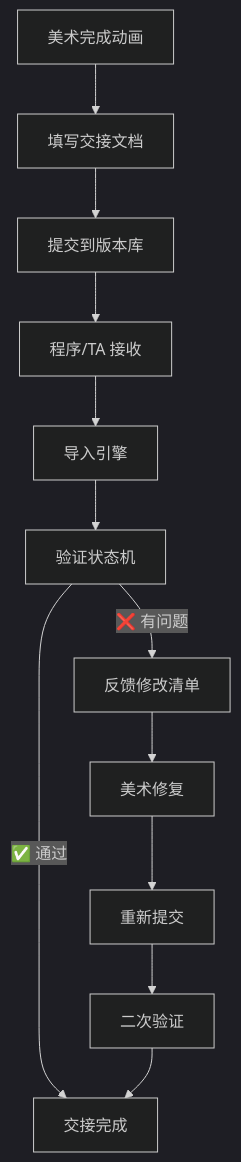
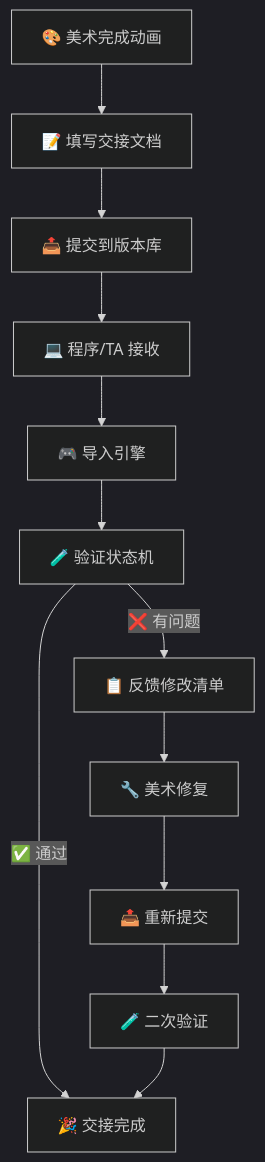
The second of 2 diagrams in docs/knowledge-base/anim-state-handoff.md (diedie23/Game-Knowledge-Base), drawn with Mermaid (dark theme) before and after one commit. The commit also changed other lines of this file and 4 other files, not shown here.

````diff
--- a/docs/knowledge-base/anim-state-handoff.md
+++ b/docs/knowledge-base/anim-state-handoff.md
@@ -197,14 +209,14 @@
 ```mermaid
 graph TD
-    A[美术完成动画] --> B[填写交接文档]
-    B --> C[提交到版本库]
-    C --> D[程序/TA 接收]
-    D --> E[导入引擎]
-    E --> F[验证状态机]
-    F -->|✅ 通过| G[交接完成]
-    F -->|❌ 有问题| H[反馈修改清单]
-    H --> I[美术修复]
-    I --> J[重新提交]
-    J --> K[二次验证]
+    A[🎨 美术完成动画] --> B[📝 填写交接文档]
+    B --> C[📤 提交到版本库]
+    C --> D[💻 程序/TA 接收]
+    D --> E[🎮 导入引擎]
+    E --> F[🧪 验证状态机]
+    F -->|✅ 通过| G[🎉 交接完成]
+    F -->|❌ 有问题| H[📋 反馈修改清单]
+    H --> I[🔧 美术修复]
+    I --> J[📤 重新提交]
+    J --> K[🧪 二次验证]
     K --> G
 ```
````
